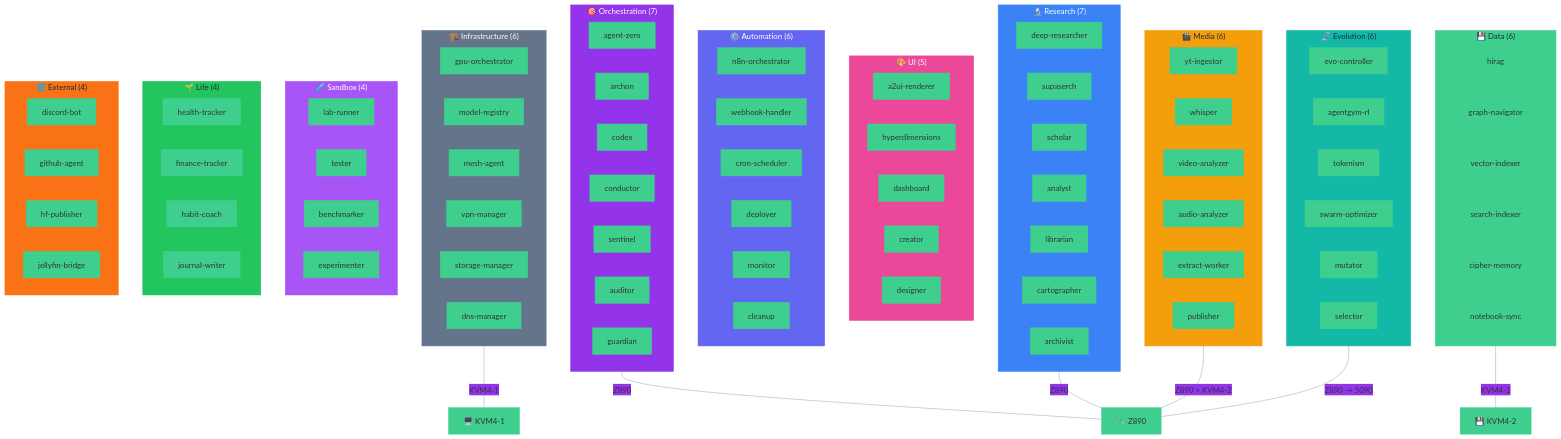
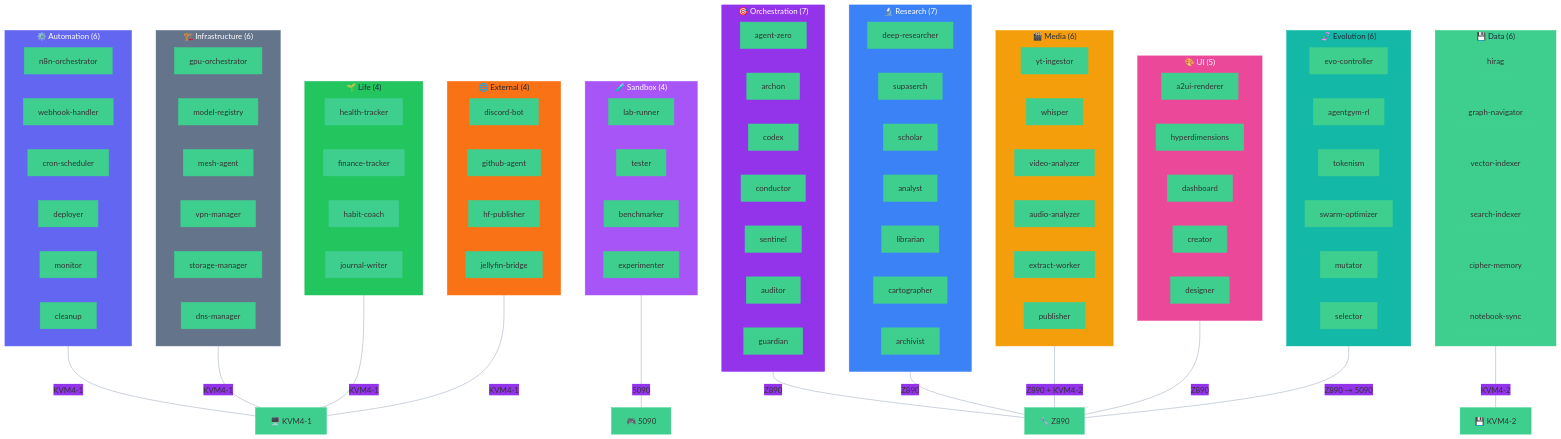
The diagram in pmoves/docs/operations/diagrams/agent-teams.mmd (POWERFULMOVES/PMOVES.AI), drawn with Mermaid before and after one commit. The commit also changed 3 other files, not shown here.

```diff
--- a/pmoves/docs/operations/diagrams/agent-teams.mmd
+++ b/pmoves/docs/operations/diagrams/agent-teams.mmd
@@ -1,121 +1,126 @@
 %%{init: {'theme':'base', 'themeVariables': {
   'primaryColor': '#3ecf8e',
   'primaryBorderColor': '#3ecf8e',
   'secondaryColor': '#9333ea',
   'background': 'transparent',
   'lineColor': '#94a3b8'
 }}}%%
 graph TD
     subgraph orchestration["🎯 Orchestration (7)"]
         AZ["agent-zero"]
         Archon["archon"]
         Codex["codex"]
         Conductor["conductor"]
         Sentinel["sentinel"]
         Auditor["auditor"]
         Guardian["guardian"]
     end
 
     subgraph research["🔬 Research (7)"]
         DR["deep-researcher"]
         SS["supaserch"]
         Scholar["scholar"]
         Analyst["analyst"]
         Librarian["librarian"]
         Cartographer["cartographer"]
         Archivist["archivist"]
     end
 
     subgraph media["🎬 Media (6)"]
         YT["yt-ingestor"]
         Whisper["whisper"]
         VidAn["video-analyzer"]
         AudAn["audio-analyzer"]
         Extract["extract-worker"]
         Publisher["publisher"]
     end
 
     subgraph data["💾 Data (6)"]
         HiRAG["hirag"]
         GraphDB["graph-navigator"]
         VecDB["vector-indexer"]
         SearchDB["search-indexer"]
         Cipher["cipher-memory"]
         Notebook["notebook-sync"]
     end
 
     subgraph ui["🎨 UI (5)"]
         A2UI["a2ui-renderer"]
         HyperD["hyperdimensions"]
         Dashboard["dashboard"]
         Creator["creator"]
         Designer["designer"]
     end
 
     subgraph automation["⚙️ Automation (6)"]
         N8N["n8n-orchestrator"]
         Webhook["webhook-handler"]
         Cron["cron-scheduler"]
         Deploy["deployer"]
         Monitor["monitor"]
         Cleanup["cleanup"]
     end
 
     subgraph evolution["🧬 Evolution (6)"]
         Evo["evo-controller"]
         GymRL["agentgym-rl"]
         Tokenism["tokenism"]
         Swarm["swarm-optimizer"]
         Mutator["mutator"]
         Selector["selector"]
     end
 
     subgraph infra["🏗️ Infrastructure (6)"]
         GPU["gpu-orchestrator"]
         Model["model-registry"]
         Mesh["mesh-agent"]
         VPN["vpn-manager"]
         Storage["storage-manager"]
         DNS["dns-manager"]
     end
 
     subgraph sandbox["🧪 Sandbox (4)"]
         Lab["lab-runner"]
         Tester["tester"]
         Benchmarker["benchmarker"]
         Experimenter["experimenter"]
     end
 
     subgraph life["🌱 Life (4)"]
         Health["health-tracker"]
         Finance["finance-tracker"]
         Habit["habit-coach"]
         Journal["journal-writer"]
     end
 
     subgraph external["🌐 External (4)"]
         Discord["discord-bot"]
         GitHub["github-agent"]
         HF["hf-publisher"]
         Jellyfin["jellyfin-bridge"]
     end
 
     %% Node affinity edges
     orchestration ---|"Z890"| Z890N["🔧 Z890"]
     research ---|"Z890"| Z890N
     media ---|"Z890 + KVM4-2"| Z890N
     data ---|"KVM4-2"| KVM42N["💾 KVM4-2"]
+    ui ---|"Z890"| Z890N
+    automation ---|"KVM4-1"| KVM41N["🖥️ KVM4-1"]
     evolution ---|"Z890 → 5090"| Z890N
-    infra ---|"KVM4-1"| KVM41N["🖥️ KVM4-1"]
+    infra ---|"KVM4-1"| KVM41N
+    sandbox ---|"5090"| FiveKN["🎮 5090"]
+    life ---|"KVM4-1"| KVM41N
+    external ---|"KVM4-1"| KVM41N
 
     style orchestration fill:#9333ea,stroke:#9333ea,color:#fff
     style research fill:#3b82f6,stroke:#3b82f6,color:#fff
     style media fill:#f59e0b,stroke:#f59e0b,color:#1e293b
     style data fill:#3ecf8e,stroke:#3ecf8e,color:#1e293b
     style ui fill:#ec4899,stroke:#ec4899,color:#fff
     style automation fill:#6366f1,stroke:#6366f1,color:#fff
     style evolution fill:#14b8a6,stroke:#14b8a6,color:#1e293b
     style infra fill:#64748b,stroke:#64748b,color:#fff
     style sandbox fill:#a855f7,stroke:#a855f7,color:#fff
     style life fill:#22c55e,stroke:#22c55e,color:#1e293b
     style external fill:#f97316,stroke:#f97316,color:#1e293b
```
